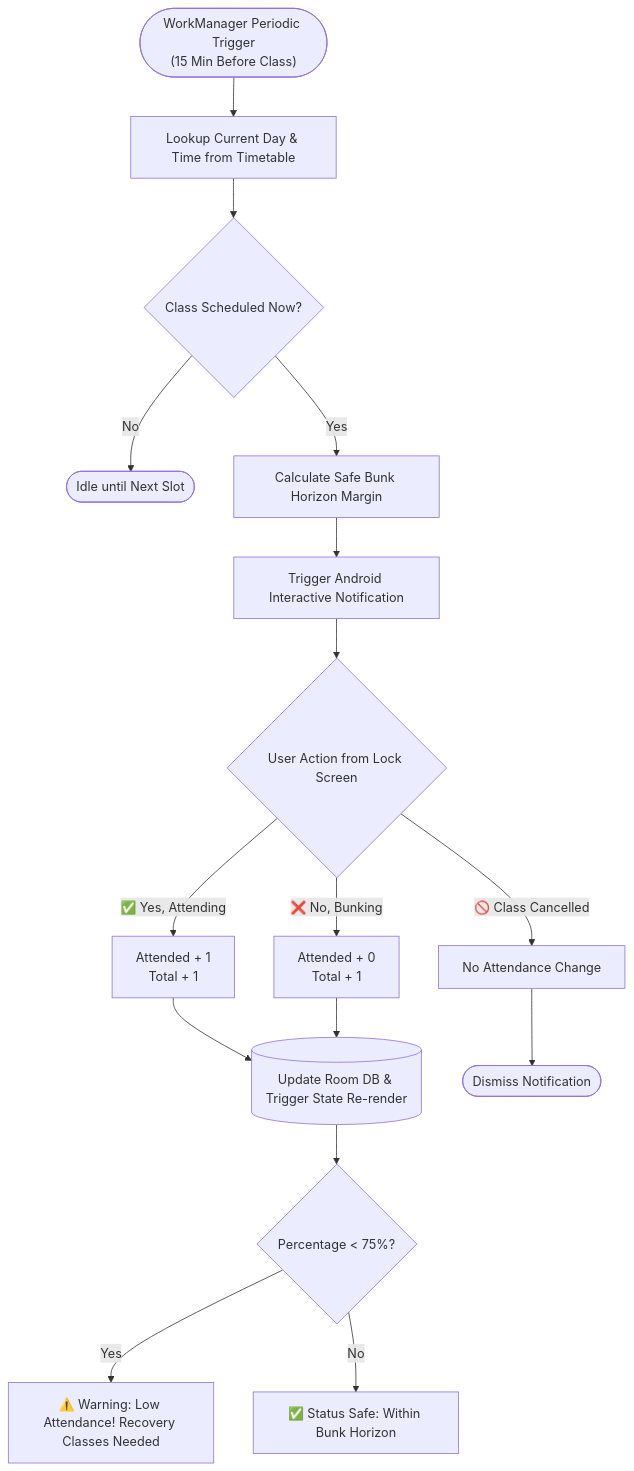
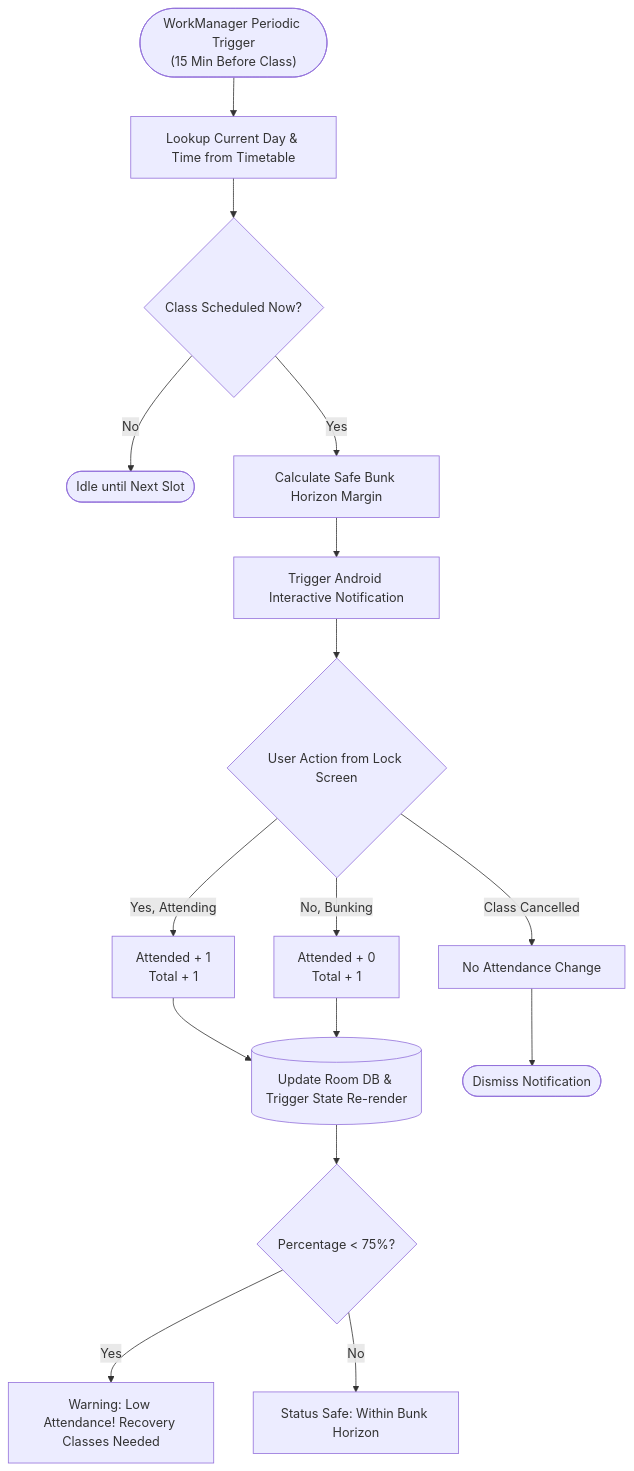
One commit to xom669/ENG-BUDDY changed the third of 4 diagrams in README.md. Above: the diagram before and after it, drawn with Mermaid. The commit also changed other lines of this file and 8 other files, not shown here.

````diff
--- a/README.md
+++ b/README.md
@@ -117,22 +117,22 @@
 ```mermaid
 flowchart TD
     ScheduleTimer(["WorkManager Periodic Trigger\n(15 Min Before Class)"]) --> FetchPeriod["Lookup Current Day & Time from Timetable"]
     FetchPeriod --> IsClass{"Class Scheduled Now?"}
     
     IsClass -- "No" --> Sleep(["Idle until Next Slot"])
     IsClass -- "Yes" --> CalcMargin["Calculate Safe Bunk Horizon Margin"]
     CalcMargin --> Notify["Trigger Android Interactive Notification"]
     
     Notify --> ActionChoice{"User Action from Lock Screen"}
     
-    ActionChoice -- "✅ Yes, Attending" --> IncAttended["Attended + 1\nTotal + 1"]
-    ActionChoice -- "❌ No, Bunking" --> IncBunk["Attended + 0\nTotal + 1"]
-    ActionChoice -- "🚫 Class Cancelled" --> Skip["No Attendance Change"]
+    ActionChoice -- "Yes, Attending" --> IncAttended["Attended + 1\nTotal + 1"]
+    ActionChoice -- "No, Bunking" --> IncBunk["Attended + 0\nTotal + 1"]
+    ActionChoice -- "Class Cancelled" --> Skip["No Attendance Change"]
     
     IncAttended --> UpdateDB[("Update Room DB & Trigger State Re-render")]
     IncBunk --> UpdateDB
     Skip --> FinishNotification(["Dismiss Notification"])
     UpdateDB --> CheckRisk{"Percentage < 75%?"}
-    CheckRisk -- "Yes" --> ShowWarning["⚠️ Warning: Low Attendance! Recovery Classes Needed"]
-    CheckRisk -- "No" --> ShowSafe["✅ Status Safe: Within Bunk Horizon"]
+    CheckRisk -- "Yes" --> ShowWarning["Warning: Low Attendance! Recovery Classes Needed"]
+    CheckRisk -- "No" --> ShowSafe["Status Safe: Within Bunk Horizon"]
 ```
````
